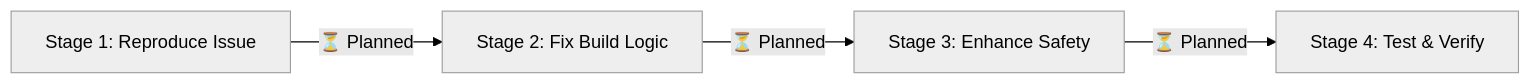
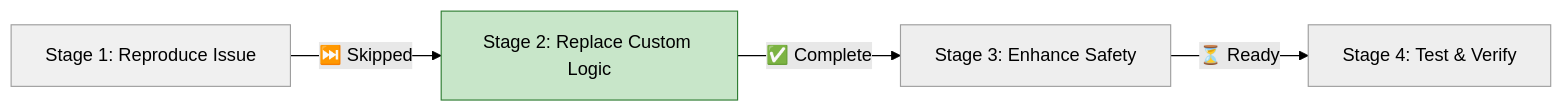
Before and after one commit to info-tech-io/info-tech-io.github.io: the diagram in docs/proposals/10-fix-incremental-deployment-logic/progress.md, drawn with Mermaid (forest theme). The commit also changed other lines of this file and 1 other file, not shown here.

First line of the commit message:
docs(issue-10): update Stage 2 progress - Hugo Templates integration complete

````diff
--- a/docs/proposals/10-fix-incremental-deployment-logic/progress.md
+++ b/docs/proposals/10-fix-incremental-deployment-logic/progress.md
@@ -12,16 +12,16 @@
 ```mermaid
 graph LR
-    A[Stage 1: Reproduce Issue] -->|⏳ Planned| B[Stage 2: Fix Build Logic]
-    B -->|⏳ Planned| C[Stage 3: Enhance Safety]
-    C -->|⏳ Planned| D[Stage 4: Test & Verify]
+    A[Stage 1: Reproduce Issue] -->|⏭️ Skipped| B[Stage 2: Replace Custom Logic]
+    B -->|✅ Complete| C[Stage 3: Enhance Safety]
+    C -->|⏳ Ready| D[Stage 4: Test & Verify]
 
-    style A fill:#eeeeee,stroke:#9e9e9e
-    style B fill:#eeeeee,stroke:#9e9e9e
+    style A fill:#f0f0f0,stroke:#9e9e9e
+    style B fill:#c8e6c9,stroke:#2e7d32
     style C fill:#eeeeee,stroke:#9e9e9e
     style D fill:#eeeeee,stroke:#9e9e9e
 
     click A "001-reproduce-issue.md"
     click B "002-fix-build-logic.md"
     click C "003-enhance-safety.md"
     click D "004-test-verify.md"
 ```
````
